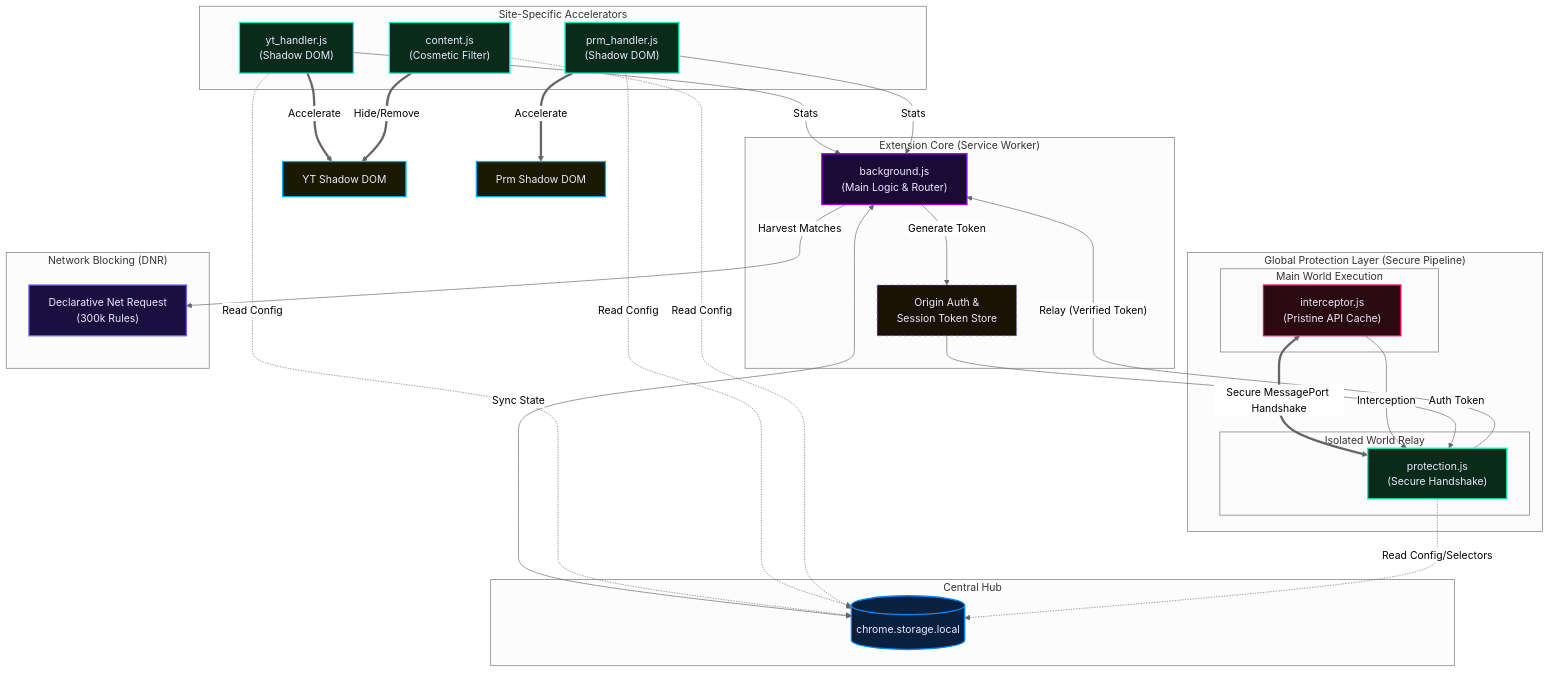
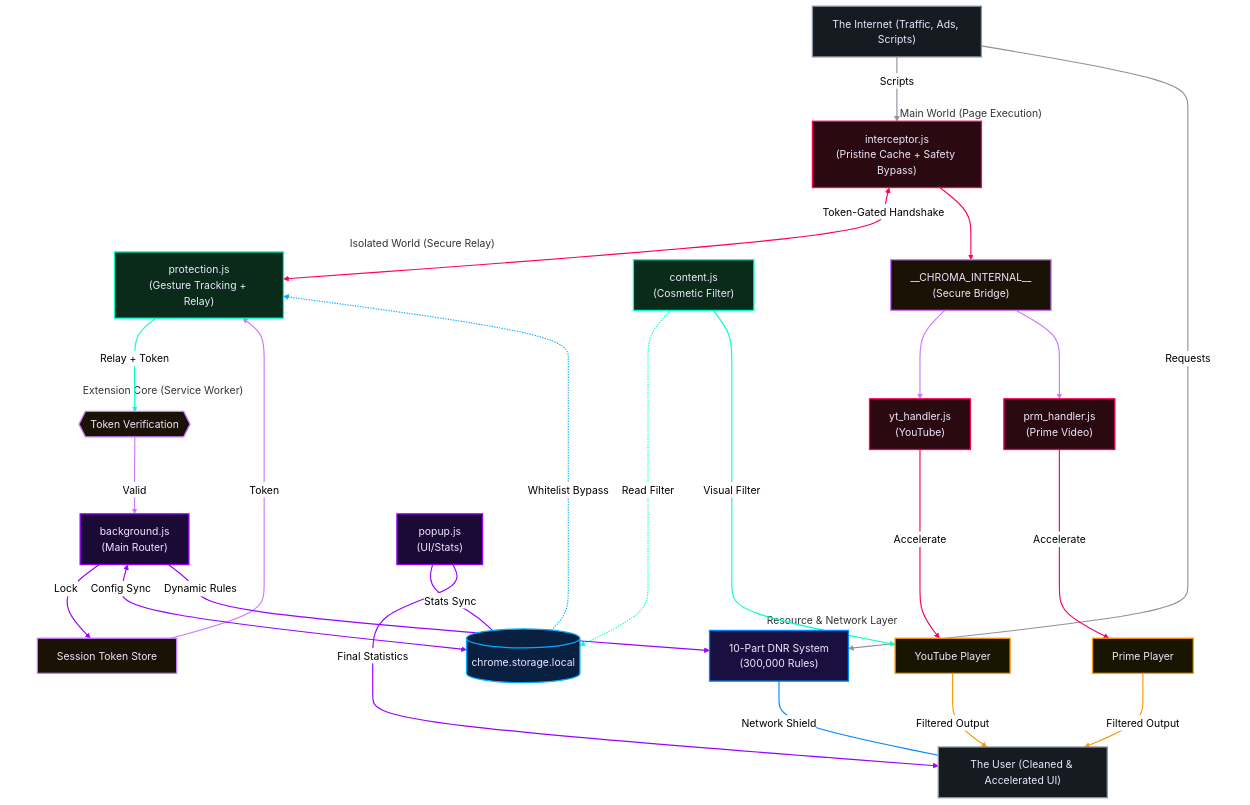
One commit to Dabrogost/Chroma-Ad-Blocker changed the diagram in index.md. Above: the diagram before and after it, drawn with Mermaid (neutral theme).

Commit message:
docs: overhaul architecture diagram in index.md to reflect updated extension pipeline and layers

```diff
--- a/index.md
+++ b/index.md
@@ -178,63 +178,113 @@
     <div class="mermaid">
 graph TD
     classDef sw fill:#1a0a35,color:#ede8ff,stroke:#9900ff,stroke-width:2px
-    classDef storage fill:#0a2040,color:#ede8ff,stroke:#0088ff,stroke-width:2px
+    classDef storage fill:#0a2040,color:#ede8ff,stroke:#00aaff,stroke-width:2px
     classDef isolated fill:#0a2a1a,color:#ede8ff,stroke:#00ffcc,stroke-width:2px
     classDef main fill:#2a0a10,color:#ede8ff,stroke:#ff0055,stroke-width:2px
-    classDef dnr fill:#1a1040,color:#ede8ff,stroke:#6c5ce7,stroke-width:2px
-    classDef dom fill:#1a1a00,color:#ede8ff,stroke:#00aaff,stroke-width:2px
-    classDef secure fill:#1a1205,color:#ede8ff,stroke:#6c5ce7,stroke-dasharray: 5 5
+    classDef dnr fill:#1a1040,color:#ede8ff,stroke:#0088ff,stroke-width:2px
+    classDef dom fill:#1a1500,color:#ede8ff,stroke:#ff9900,stroke-width:2px
+    classDef secure fill:#1a1205,color:#ede8ff,stroke:#cc77ff,stroke-width:2px
+    classDef actor fill:#161b22,color:#ede8ff,stroke:#8b949e,stroke-width:2px
 
-    subgraph SW ["Extension Core (Service Worker)"]
-        BS["background.js<br/>(Main Logic & Router)"]:::sw
-        AUTH["Origin Auth &<br/>Session Token Store"]:::secure
+    %% --- LAYER 0: ENTRANCE ---
+    INTERNET["The Internet (Traffic, Ads, Scripts)"]:::actor
+
+    %% --- LAYER 1: MAIN WORLD ---
+    subgraph MW["Main World (Page Execution)"]
+        MW_INT["interceptor.js<br/>(Pristine Cache + Safety Bypass)"]:::main
+        BRIDGE["__CHROMA_INTERNAL__<br/>(Secure Bridge)"]:::secure
+        CS_YT["yt_handler.js<br/>(YouTube)"]:::main
+        CS_PV["prm_handler.js<br/>(Prime Video)"]:::main
     end
 
-    subgraph ST ["Central Hub"]
-        STORAGE[("chrome.storage.local")]:::storage
-    end
-
-    subgraph GR ["Global Protection Layer (Secure Pipeline)"]
-        subgraph MW ["Main World Execution"]
-            MW_INT["interceptor.js<br/>(Pristine API Cache)"]:::main
-        end
-        subgraph IW ["Isolated World Relay"]
-            CS_PROT["protection.js<br/>(Secure Handshake)"]:::isolated
-        end
-        MW_INT <==>|"Secure MessagePort Handshake"| CS_PROT
-    end
-
-    subgraph SP ["Site-Specific Accelerators"]
-        CS_YT["yt_handler.js<br/>(Shadow DOM)"]:::isolated
-        CS_PV["prm_handler.js<br/>(Shadow DOM)"]:::isolated
+    %% --- LAYER 2: ISOLATED WORLD ---
+    subgraph IW["Isolated World (Secure Relay)"]
+        CS_PROT["protection.js<br/>(Gesture Tracking + Relay)"]:::isolated
         CS_GEN["content.js<br/>(Cosmetic Filter)"]:::isolated
     end
 
-    subgraph DN ["Network Blocking (DNR)"]
-        DNR["Declarative Net Request<br/>(300k Rules)"]:::dnr
+    %% --- LAYER 3: SERVICE WORKER CORE ---
+    subgraph SW["Extension Core (Service Worker)"]
+        VERIFY{{"Token Verification"}}:::secure
+        BS["background.js<br/>(Main Router)"]:::sw
+        AUTH["Session Token Store"]:::secure
     end
 
-    %% Logic Flow
-    MW_INT -- "Interception" --> CS_PROT
-    CS_PROT -- "Relay (Verified Token)" --> BS
+    %% --- LAYER 4: INFRASTRUCTURE ---
+    subgraph System["Resource & Network Layer"]
+        STORAGE[("chrome.storage.local")]:::storage
+        DNR["10-Part DNR System<br/>(300,000 Rules)"]:::dnr
+        YT_DOM["YouTube Player"]:::dom
+        PV_DOM["Prime Player"]:::dom
+    end
+
+    %% --- LAYER 5: UI & OUTPUT ---
+    POPUP["popup.js<br/>(UI/Stats)"]:::sw
+    USER["The User (Cleaned & Accelerated UI)"]:::actor
+
+    %% --- PIPELINE DEFINITION (0-21) ---
     
-    CS_YT -- "Stats" --> BS
-    CS_PV -- "Stats" --> BS
+    %% INTERNET (Grey: 0, 1)
+    INTERNET -- "Scripts" --> MW_INT
+    INTERNET -- "Requests" --> DNR
+
+    %% MAIN WORLD (Red: 2, 3, 4, 5)
+    MW_INT <==>|"Token-Gated Handshake"| CS_PROT
+    MW_INT --> BRIDGE
+    CS_YT ==>|"Accelerate"| YT_DOM
+    CS_PV ==>|"Accelerate"| PV_DOM
+
+    %% SECURE (Purple: 6, 7, 8, 9)
+    BRIDGE --> CS_YT
+    BRIDGE --> CS_PV
+    VERIFY -- "Valid" --> BS
+    AUTH -- "Token" --> CS_PROT
+
+    %% ISOLATED WORLD (Green: 10, 11, 12)
+    CS_PROT -- "Relay + Token" --> VERIFY
+    CS_GEN -.->|"Read Filter"| STORAGE
+    CS_GEN ==>|"Visual Filter"| YT_DOM
+
+    %% SERVICE WORKER CORE (Lavender: 13, 14, 15)
+    BS -- "Lock" --> AUTH
+    BS <-->|"Config Sync"| STORAGE
+    BS -- "Dynamic Rules" --> DNR
+
+    %% STORAGE (Blue: 16)
+    STORAGE -.->|"Whitelist Bypass"| CS_PROT
     
-    BS <-->|"Sync State"| STORAGE
-    BS -- "Generate Token" --> AUTH
-    AUTH -- "Auth Token" --> CS_PROT
-    
-    CS_YT -.->|"Read Config"| STORAGE
-    CS_PV -.->|"Read Config"| STORAGE
-    CS_GEN -.->|"Read Config"| STORAGE
-    CS_PROT -.->|"Read Config/Selectors"| STORAGE
+    %% DNR (Blue: 17)
+    DNR ---|"Network Shield"| USER
 
-    BS -- "Harvest Matches" --> DNR
+    %% PLAYERS (Orange: 18, 19)
+    YT_DOM -- "Filtered Output" --> USER
+    PV_DOM -- "Filtered Output" --> USER
 
-    %% Execution
-    CS_YT ==>|"Accelerate"| DOM_YT["YT Shadow DOM"]:::dom
-    CS_PV ==>|"Accelerate"| DOM_PV["Prm Shadow DOM"]:::dom
-    CS_GEN ==>|"Hide/Remove"| DOM_YT
+    %% POPUP (Lavender: 20, 21)
+    POPUP ---|"Stats Sync"| STORAGE
+    POPUP -- "Final Statistics" --> USER
 
+    %% --- LOGIC TRACING (LINK STYLES) ---
+    %% Internet/User Origin: Grey
+    linkStyle 0,1 stroke:#8b949e,stroke-width:1.75px;
+    %% Main World Origin: Red
+    linkStyle 2,3,4,5 stroke:#ff0055,stroke-width:1.75px;
+    %% Secure Layer Origin: Purple
+    linkStyle 6,7,8,9 stroke:#cc77ff,stroke-width:1.75px;
+    %% Isolated World Origin: Green
+    linkStyle 10,11,12 stroke:#00ffcc,stroke-width:1.75px;
+    %% SW Core Origin: Lavender
+    linkStyle 13,14,15,20,21 stroke:#9900ff,stroke-width:1.75px;
+    %% System / Storage Origin: Blue
+    linkStyle 16 stroke:#00aaff,stroke-width:1.75px;
+    %% DNR Origin: Blue
+    linkStyle 17 stroke:#0088ff,stroke-width:1.75px;
+    %% Player Origin: Orange
+    linkStyle 18,19 stroke:#ff9900,stroke-width:1.75px;
+
+    %% --- HIDE SUBGRAPH BOXES ---
+    style MW fill:none,stroke:none
+    style IW fill:none,stroke:none
+    style SW fill:none,stroke:none
+    style System fill:none,stroke:none
     </div>
```
